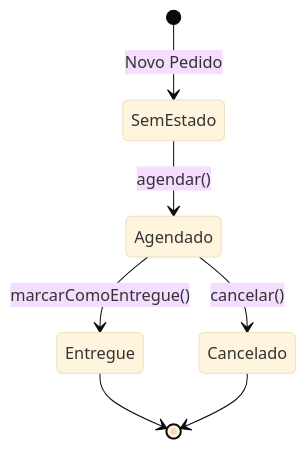
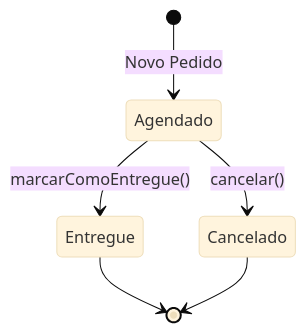
One commit to Theml/Atividade-8 changed the second of 2 diagrams in README.md. Above: the diagram before and after it, drawn with Mermaid (base theme). The commit also changed other lines of this file, not shown here.

Commit message:
Update README.md
Corrigindo erro no diagrama

````diff
--- a/README.md
+++ b/README.md
@@ -191,9 +194,8 @@
 ```mermaid
-    stateDiagram-v2
-        [*] --> SemEstado: Novo Pedido
-        SemEstado --> Agendado: agendar()
-        Agendado --> Entregue: marcarComoEntregue()
-        Agendado --> Cancelado: cancelar()
-        Entregue --> [*]
-        Cancelado --> [*]
+stateDiagram-v2
+    [*] --> Agendado: Novo Pedido
+    Agendado --> Entregue: marcarComoEntregue()
+    Agendado --> Cancelado: cancelar()
+    Entregue --> [*]
+    Cancelado --> [*]
 ```
````
